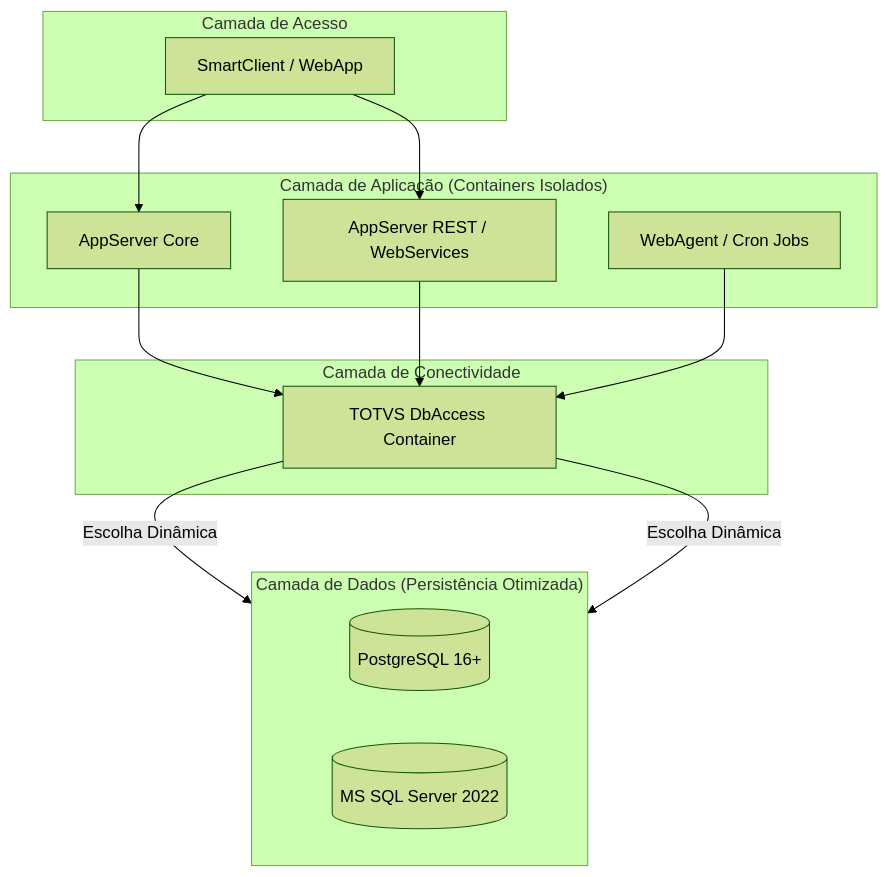
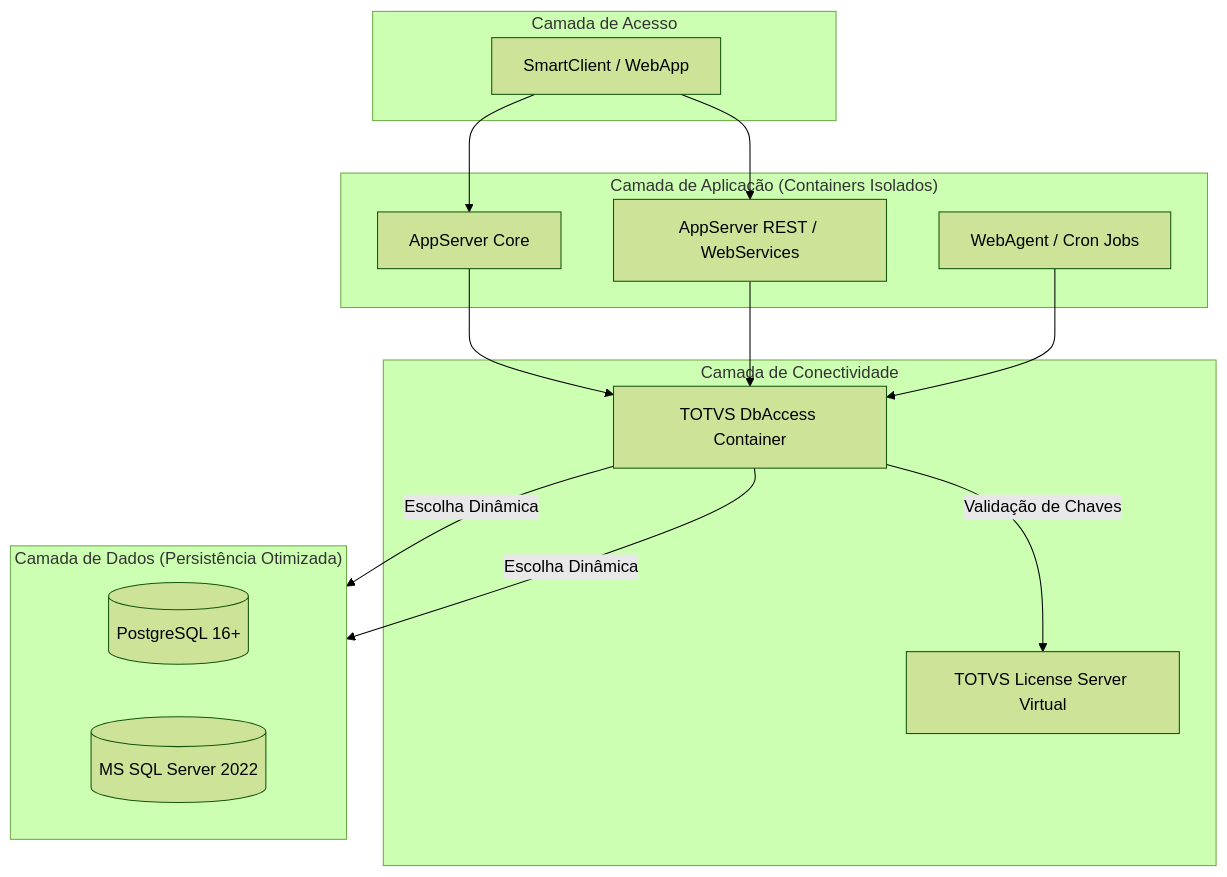
Before and after one commit to rodrigomicrosiga/totvs-protheus-modern-devops: the diagram in README.md, drawn with Mermaid (forest theme). The commit also changed other lines of this file, not shown here.

````diff
--- a/README.md
+++ b/README.md
@@ -13,30 +13,32 @@
 ```mermaid
 graph TD
     subgraph Cliente ["Camada de Acesso"]
         SC[SmartClient / WebApp]
     end
 
     subgraph Core ["Camada de Aplicação (Containers Isolados)"]
         APP[AppServer Core]
         WR[AppServer REST / WebServices]
         WA[WebAgent / Cron Jobs]
     end
 
     subgraph Integration ["Camada de Conectividade"]
         DBA[TOTVS DbAccess Container]
+        LIC[TOTVS License Server Virtual]
     end
 
     subgraph Data ["Camada de Dados (Persistência Otimizada)"]
         direction LR
         PG[(PostgreSQL 16+)]
         MS[(MS SQL Server 2022)]
     end
 
     SC --> APP
     SC --> WR
     APP --> DBA
     WR --> DBA
     WA --> DBA
+    DBA -->|Validação de Chaves| LIC
     DBA -->|Escolha Dinâmica| PG
     DBA -->|Escolha Dinâmica| MS
 ```
````
